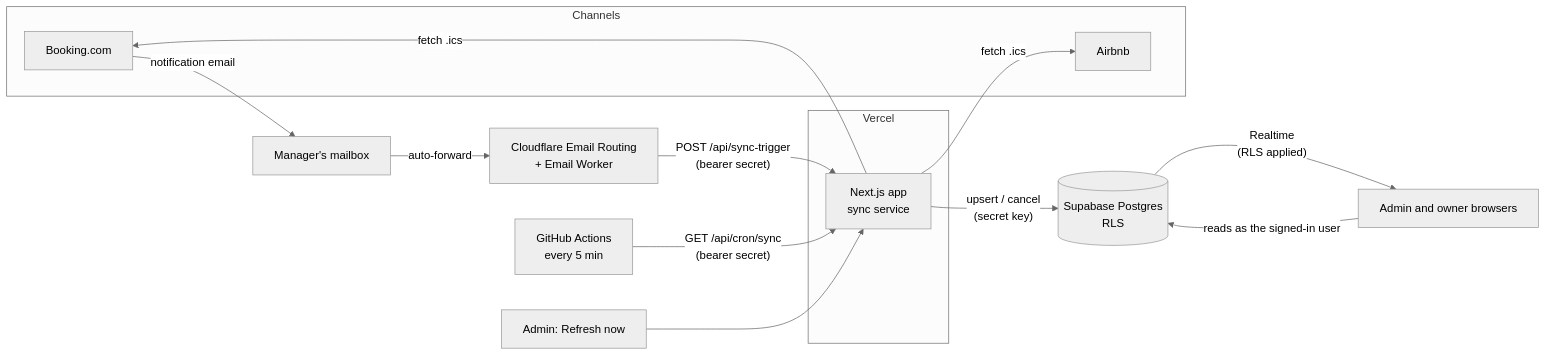
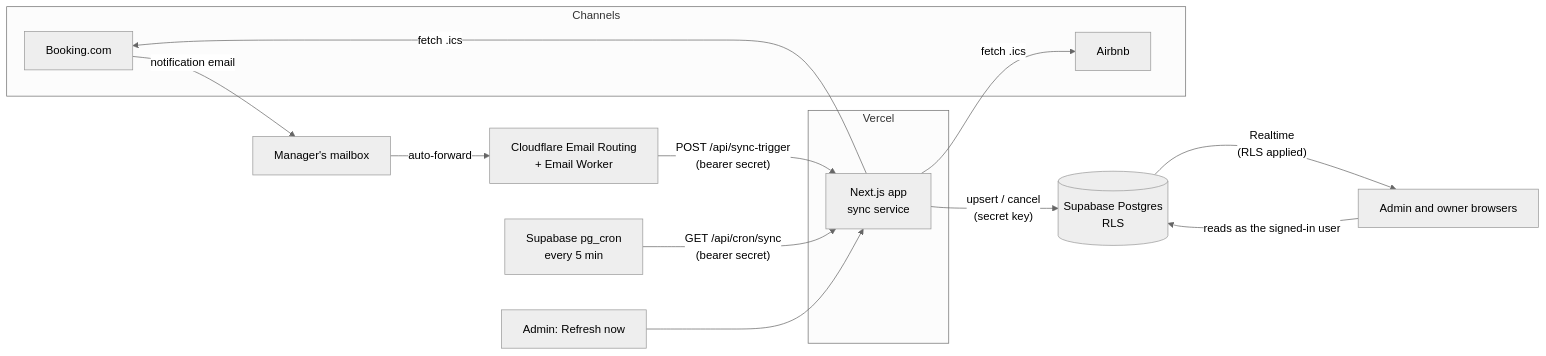
Before and after one commit to Weedfi/booking_calendar: the diagram in README.md, drawn with Mermaid (neutral theme). The commit also changed other lines of this file and 2 other files, not shown here.

First line of the commit message:
Schedule the fallback sync with pg_cron in Supabase

````diff
--- a/README.md
+++ b/README.md
@@ -35,24 +35,24 @@
 ```mermaid
 flowchart LR
   subgraph Channels
     BK[Booking.com]
     AB[Airbnb]
   end
 
   BK -- "notification email" --> MB[Manager's mailbox]
   MB -- "auto-forward" --> CF["Cloudflare Email Routing<br/>+ Email Worker"]
   CF -- "POST /api/sync-trigger<br/>(bearer secret)" --> APP
 
-  GH["GitHub Actions<br/>every 5 min"] -- "GET /api/cron/sync<br/>(bearer secret)" --> APP
+  CRON["Supabase pg_cron<br/>every 5 min"] -- "GET /api/cron/sync<br/>(bearer secret)" --> APP
   ADM[Admin: Refresh now] --> APP
 
   subgraph Vercel
     APP["Next.js app<br/>sync service"]
   end
 
   APP -- "fetch .ics" --> BK
   APP -- "fetch .ics" --> AB
   APP -- "upsert / cancel<br/>(secret key)" --> DB[(Supabase Postgres<br/>RLS)]
   DB -- "Realtime<br/>(RLS applied)" --> UI[Admin and owner browsers]
   UI -- "reads as the signed-in user" --> DB
 ```
````
